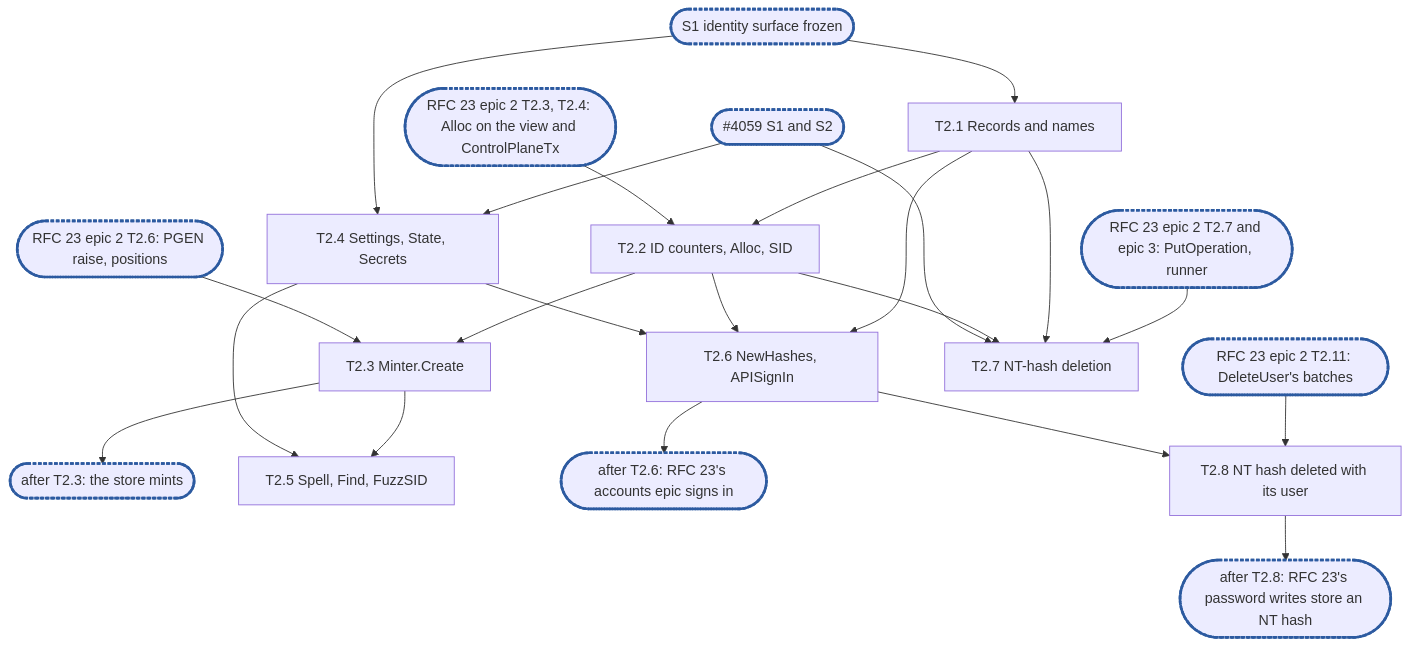
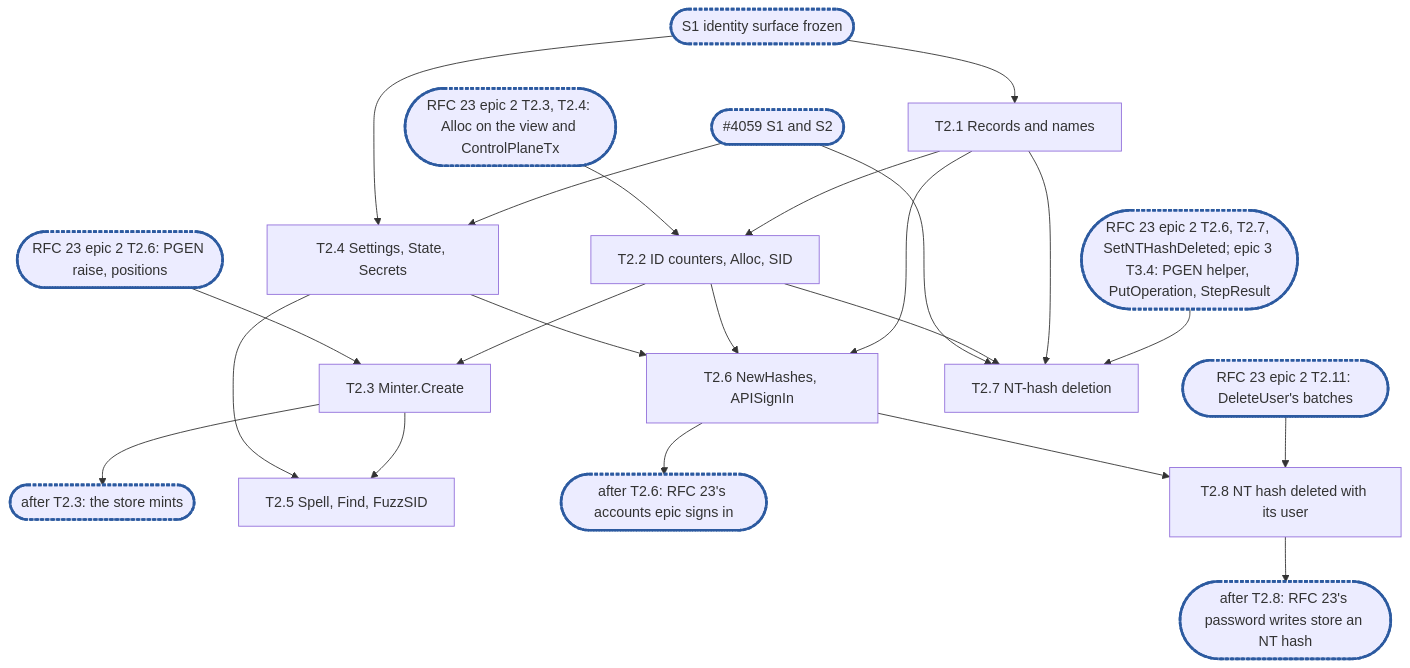
The diagram in docs/internals/planning/rfc-18-identity-epic2.md (cubbit/dittofs), drawn with Mermaid before and after one commit. The commit also changed other lines of this file, not shown here.

Commit message:
docs(planning): fold Marco's review into RFC 18 epic 2

````diff
--- a/docs/internals/planning/rfc-18-identity-epic2.md
+++ b/docs/internals/planning/rfc-18-identity-epic2.md
@@ -626,20 +647,20 @@
 ```mermaid
 flowchart TD
   S1(["S1 identity surface frozen"]):::sync --> T2_1["T2.1 Records and names"]
   T2_1 --> T2_2["T2.2 ID counters, Alloc, SID"]
   T2_2 --> T2_3["T2.3 Minter.Create"]
   T2_3 --> C1(["after T2.3: the store mints"]):::sync
   X59(["#4059 S1 and S2"]):::sync --> T2_4["T2.4 Settings, State, Secrets"]
   S1 --> T2_4
   T2_3 & T2_4 --> T2_5["T2.5 Spell, Find, FuzzSID"]
   T2_1 & T2_2 & T2_4 --> T2_6["T2.6 NewHashes, APISignIn"]
   T2_6 --> C2(["after T2.6: RFC 23's accounts epic signs in"]):::sync
   X23a(["RFC 23 epic 2 T2.3, T2.4: Alloc on the view and ControlPlaneTx"]):::sync --> T2_2
   X23b(["RFC 23 epic 2 T2.6: PGEN raise, positions"]):::sync --> T2_3
   X23c(["RFC 23 epic 2 T2.11: DeleteUser's batches"]):::sync --> T2_8["T2.8 NT hash deleted with its user"]
   T2_6 --> T2_8
   T2_8 --> C3(["after T2.8: RFC 23's password writes store an NT hash"]):::sync
-  X23d(["RFC 23 epic 2 T2.7 and epic 3: PutOperation, runner"]):::sync --> T2_7["T2.7 NT-hash deletion"]
+  X23d(["RFC 23 epic 2 T2.6, T2.7, SetNTHashDeleted; epic 3 T3.4: PGEN helper, PutOperation, StepResult"]):::sync --> T2_7["T2.7 NT-hash deletion"]
   T2_1 & T2_2 & X59 --> T2_7
   classDef sync stroke:#2c5aa0,stroke-width:3px,stroke-dasharray:4 2
 ```
````
